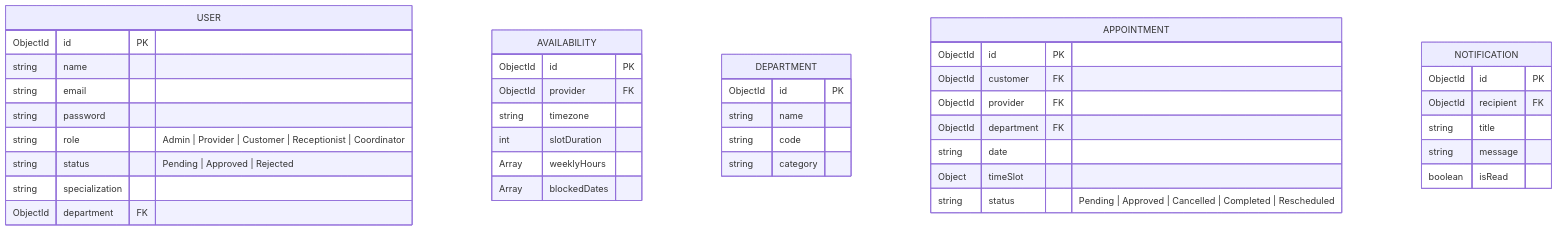
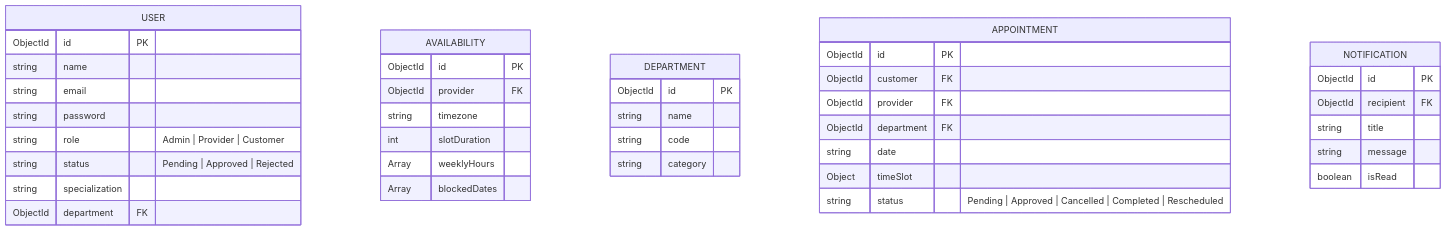
One commit to anmolpaweriya/Schedulify changed the diagram in README.md. Above: the diagram before and after it, drawn with Mermaid. The commit also changed other lines of this file and 2 other files, not shown here.

Commit message:
readme updated

````diff
--- a/README.md
+++ b/README.md
@@ -85,43 +85,43 @@
 ```mermaid
 erDiagram
   USER {
     ObjectId id PK
     string name
     string email
     string password
-    string role "Admin | Provider | Customer | Receptionist | Coordinator"
+    string role "Admin | Provider | Customer "
     string status "Pending | Approved | Rejected"
     string specialization
     ObjectId department FK
   }
   AVAILABILITY {
     ObjectId id PK
     ObjectId provider FK
     string timezone
     int slotDuration
     Array weeklyHours
     Array blockedDates
   }
   DEPARTMENT {
     ObjectId id PK
     string name
     string code
     string category
   }
   APPOINTMENT {
     ObjectId id PK
     ObjectId customer FK
     ObjectId provider FK
     ObjectId department FK
     string date
     Object timeSlot
     string status "Pending | Approved | Cancelled | Completed | Rescheduled"
   }
   NOTIFICATION {
     ObjectId id PK
     ObjectId recipient FK
     string title
     string message
     boolean isRead
   }
 ```
````
